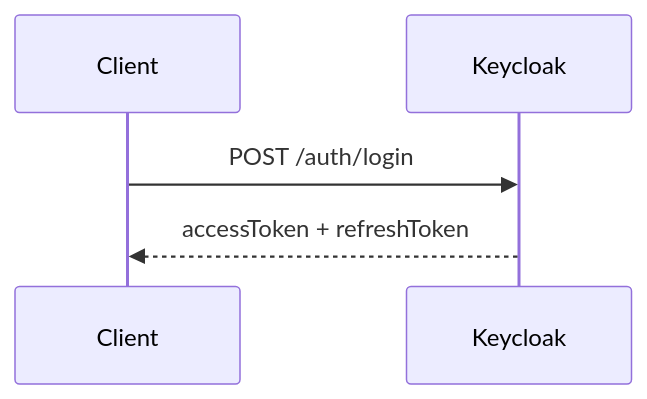
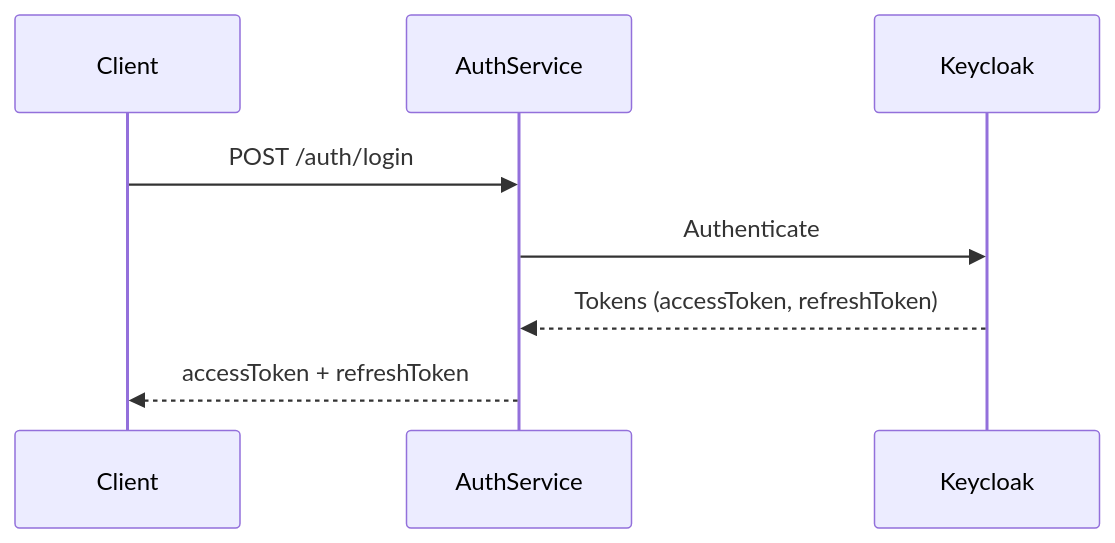
One commit to Razano26/Beep-TAD.AM changed the fifth of 6 diagrams in vue-technique/02-authentification.adoc. Above: the diagram before and after it, drawn with Mermaid. The commit also changed other lines of this file and 6 other files, not shown here.

Commit message:
feat: Refine Beep application documentation by enhancing service descriptions, improving clarity on authentication flows, and updating observability and security sections for better understanding and usability

```diff
--- a/vue-technique/02-authentification.adoc
+++ b/vue-technique/02-authentification.adoc
@@ -99,9 +118,12 @@
 [mermaid]
 ----
 sequenceDiagram
     participant Client
+    participant AuthService
     participant Keycloak
 
-    Client->>Keycloak: POST /auth/login
-    Keycloak-->>Client: accessToken + refreshToken
+    Client->>AuthService: POST /auth/login
+    AuthService->>Keycloak: Authenticate
+    Keycloak-->>AuthService: Tokens (accessToken, refreshToken)
+    AuthService-->>Client: accessToken + refreshToken
 ----
```
